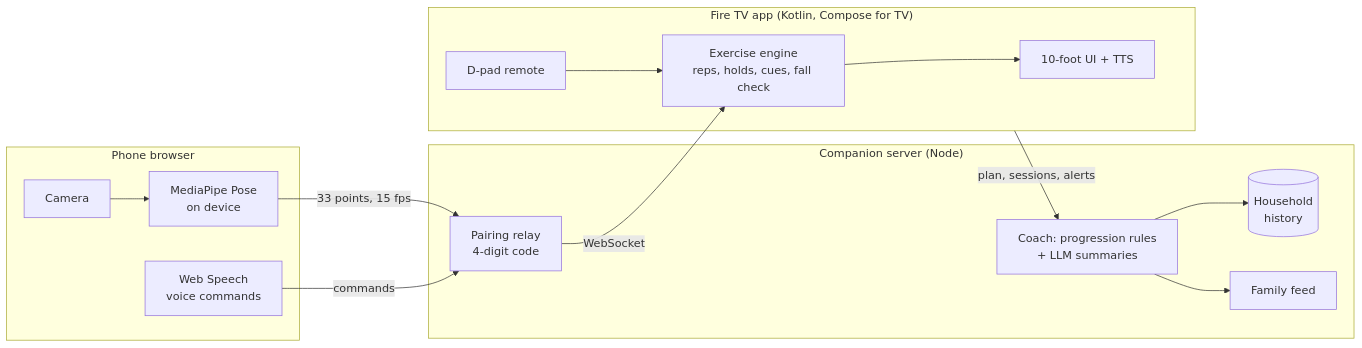
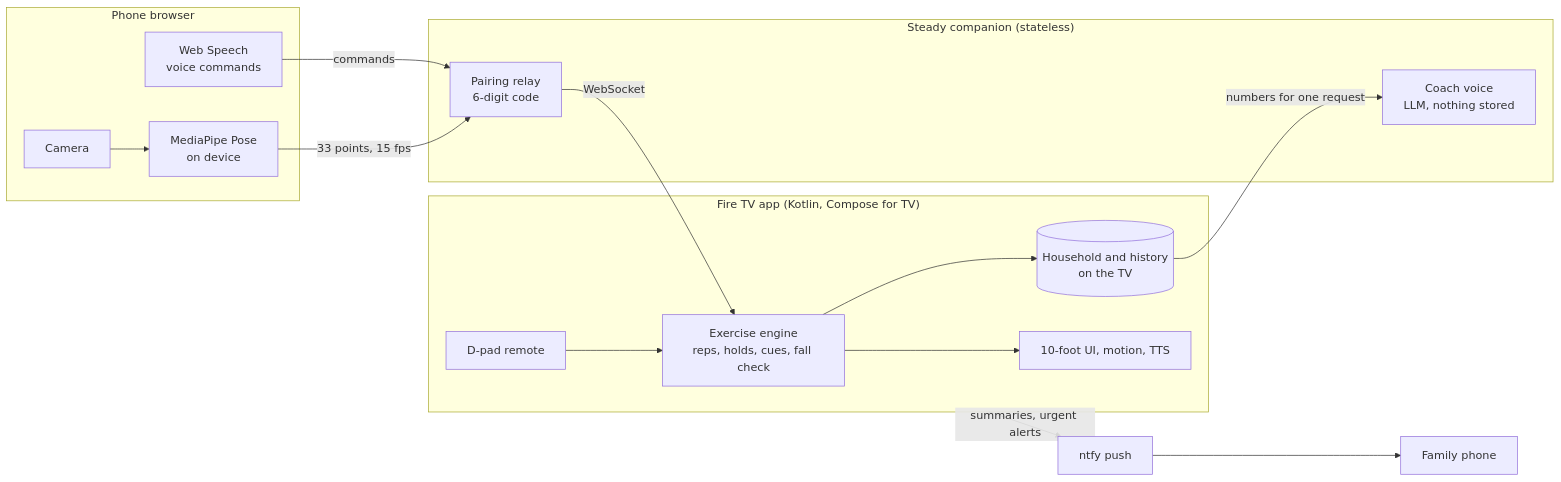
The diagram in README.md (aditya13504/steady-firetv), drawn with Mermaid before and after one commit. The commit also changed other lines of this file and 15 other files, not shown here.

Commit message:
Summary layout, README for production architecture, new gallery

````diff
--- a/README.md
+++ b/README.md
@@ -46,26 +46,26 @@
 ```mermaid
 flowchart LR
   subgraph Phone["Phone browser"]
     CAM[Camera] --> MP[MediaPipe Pose<br/>on device]
     MIC[Web Speech<br/>voice commands]
   end
-  subgraph Companion["Companion server (Node)"]
-    RELAY[Pairing relay<br/>4-digit code]
-    COACH[Coach: progression rules<br/>+ LLM summaries]
-    HOUSE[(Household<br/>history)]
-    FAMILY[Family feed]
+  subgraph Cloud["Steady companion (stateless)"]
+    RELAY[Pairing relay<br/>6-digit code]
+    COACH[Coach voice<br/>LLM, nothing stored]
   end
   subgraph TV["Fire TV app (Kotlin, Compose for TV)"]
     ENGINE[Exercise engine<br/>reps, holds, cues, fall check]
-    UI[10-foot UI + TTS]
+    HOUSE[(Household and history<br/>on the TV)]
+    UI[10-foot UI, motion, TTS]
     REMOTE[D-pad remote]
   end
+  NTFY[ntfy push] --> FAM[Family phone]
   MP -- 33 points, 15 fps --> RELAY
   MIC -- commands --> RELAY
   RELAY -- WebSocket --> ENGINE
   ENGINE --> UI
   REMOTE --> ENGINE
-  TV -- plan, sessions, alerts --> COACH
-  COACH --> HOUSE
-  COACH --> FAMILY
+  ENGINE --> HOUSE
+  HOUSE -- numbers for one request --> COACH
+  TV -- summaries, urgent alerts --> NTFY
 ```
````
